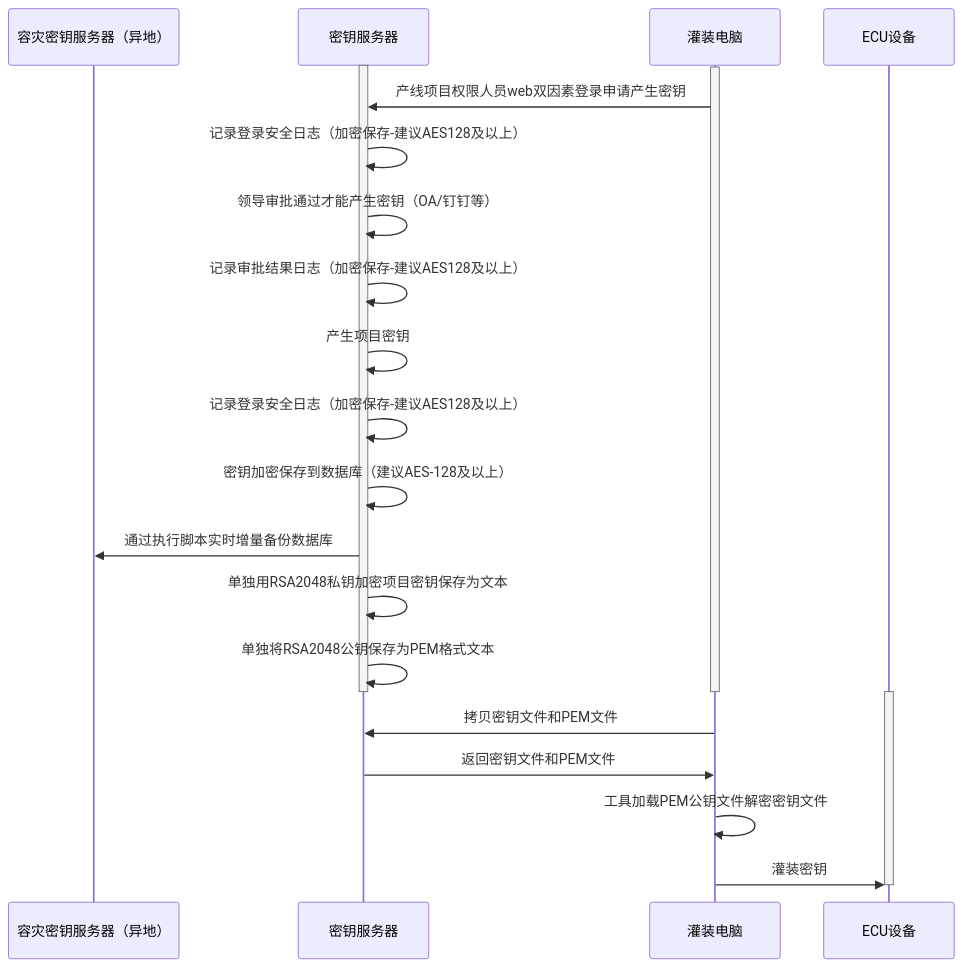
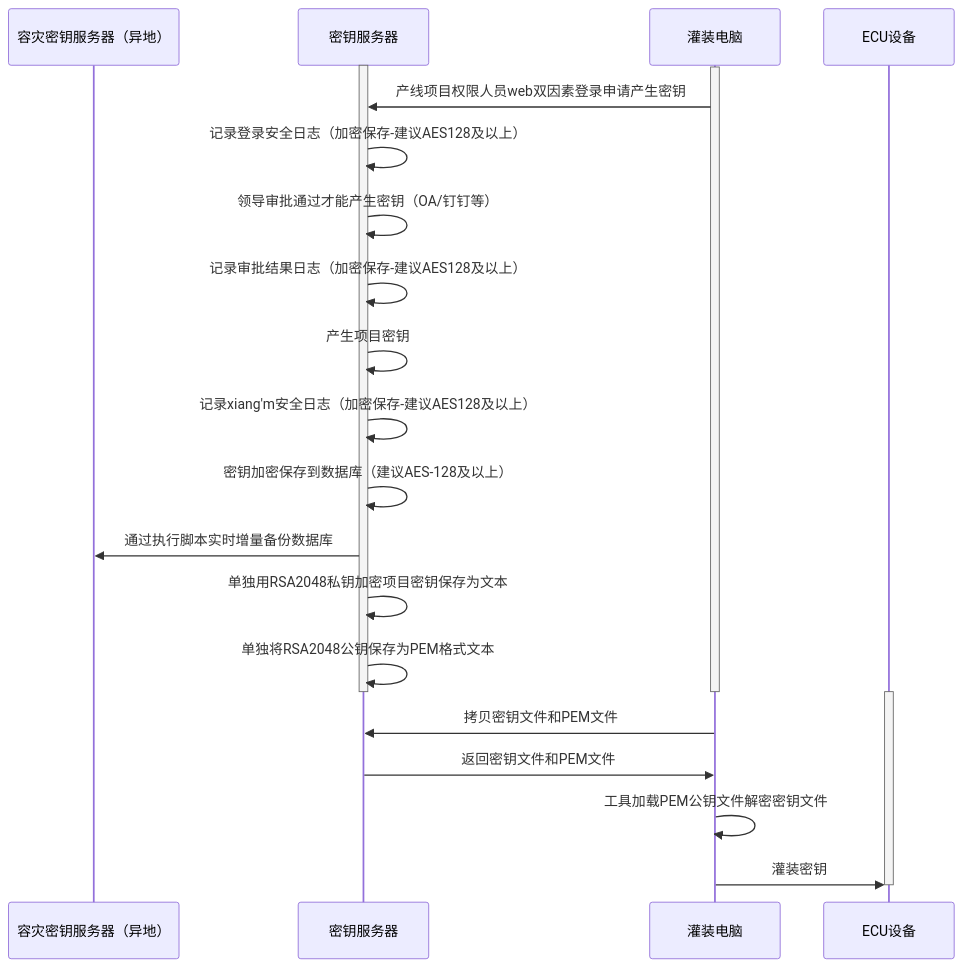
Before and after one commit to facebook-cloud/iodraw-files: the diagram in all/未命名-15.md, drawn with Mermaid.

Commit message:
2026-02-11 19:38:40 update

````diff
--- a/all/未命名-15.md
+++ b/all/未命名-15.md
@@ -1,31 +1,31 @@
 ```mermaid
 sequenceDiagram
     participant A as 容灾密钥服务器（异地）
     participant B as 密钥服务器
     participant D as 灌装电脑
     participant E as ECU设备
 
     activate B
     activate D
     D->>B: 产线项目权限人员web双因素登录申请产生密钥
     B->>B: 记录登录安全日志（加密保存-建议AES128及以上）
     B->>B: 领导审批通过才能产生密钥（OA/钉钉等）
     B->>B: 记录审批结果日志（加密保存-建议AES128及以上）
     B->>B: 产生项目密钥
-    B->>B: 记录登录安全日志（加密保存-建议AES128及以上）
+    B->>B: 记录xiang'm安全日志（加密保存-建议AES128及以上）
     B->>B: 密钥加密保存到数据库（建议AES-128及以上）
     B->>A: 通过执行脚本实时增量备份数据库
 
     B->>B: 单独用RSA2048私钥加密项目密钥保存为文本
     B->>B: 单独将RSA2048公钥保存为PEM格式文本
     deactivate B
     deactivate D
 
     activate E
     D->>B: 拷贝密钥文件和PEM文件
     B->>D: 返回密钥文件和PEM文件
     D->>D:工具加载PEM公钥文件解密密钥文件
     D->>E: 灌装密钥
     deactivate E
 
 ```
````
